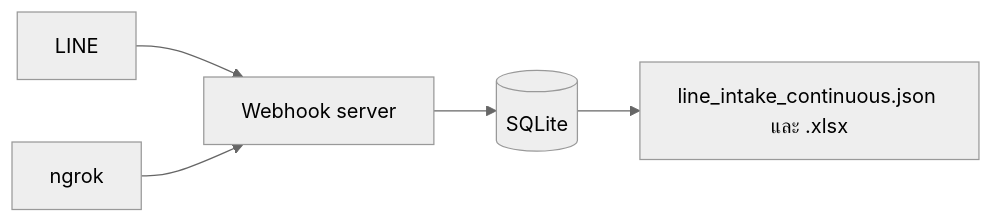
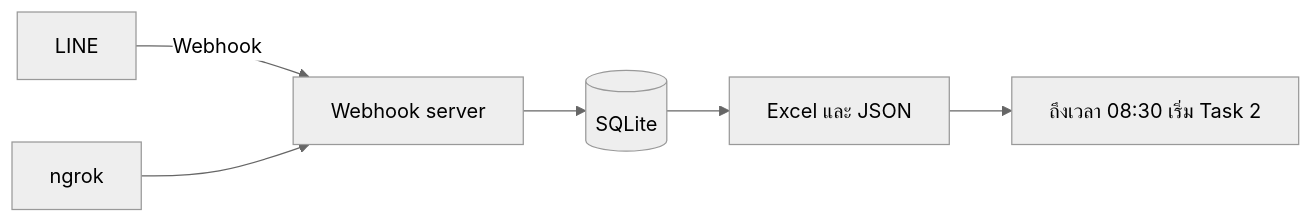
Before and after one commit to chiraleo2000/Police-news-intel-kit: the fourth of 13 diagrams in README.md, drawn with Mermaid (neutral theme). The commit also changed other lines of this file and 3 other files, not shown here.

Commit message:
Document system structure with Mermaid and harden LINE webhook export.

````diff
--- a/README.md
+++ b/README.md
@@ -35,7 +115,8 @@
 ```mermaid
 flowchart LR
-  LINE[LINE] --> WH[Webhook server]
+  LINE[LINE] -->|Webhook| WH[Webhook server]
   NGROK[ngrok] --> WH
   WH --> DB[(SQLite)]
-  DB --> FILE["line_intake_continuous.json และ .xlsx"]
+  DB --> XL[Excel และ JSON]
+  XL --> T2[ถึงเวลา 08:30 เริ่ม Task 2]
 ```
````
